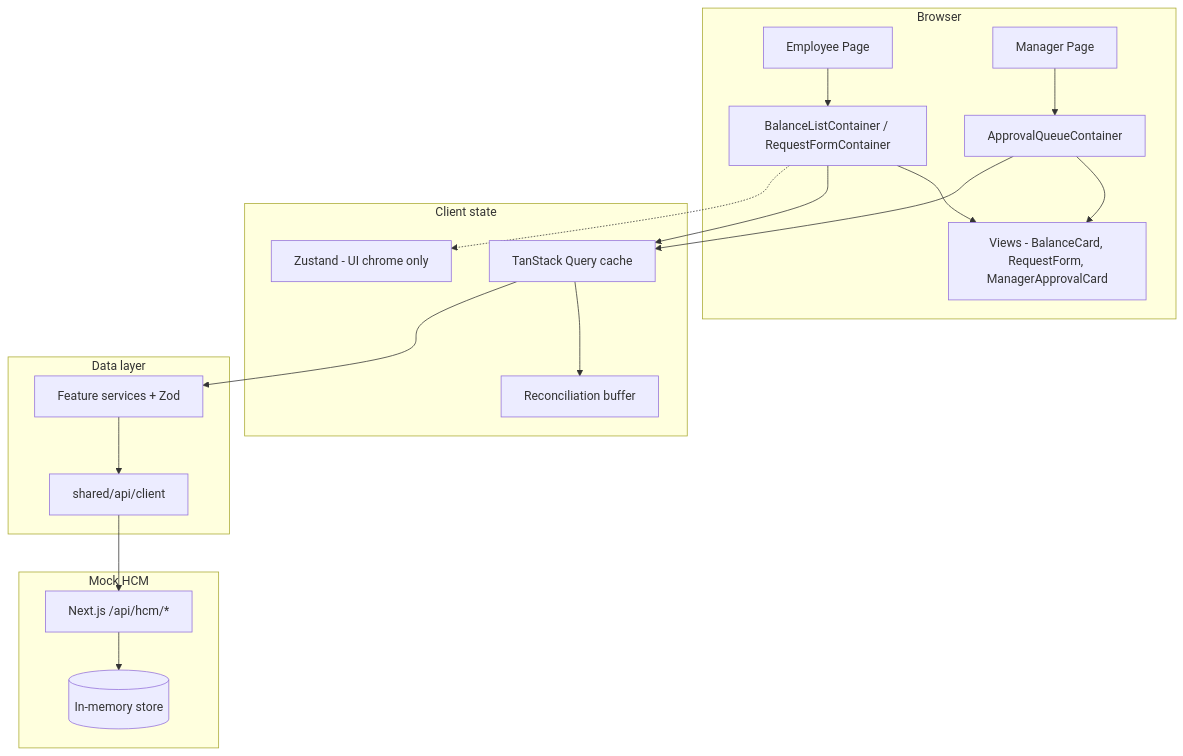
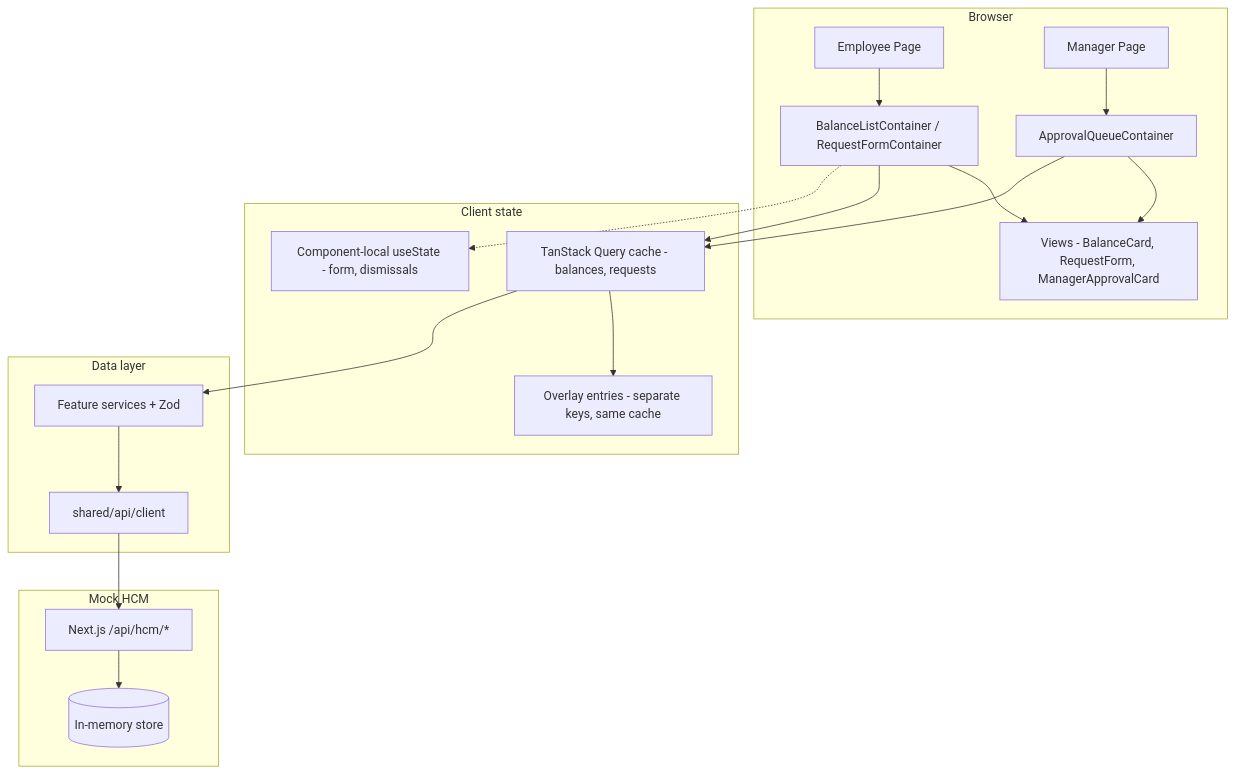
Before and after one commit to iAnas19/timeoff-portal: the first of 2 diagrams in docs/TRD.md, drawn with Mermaid. The commit also changed other lines of this file and 45 other files, not shown here.

````diff
--- a/docs/TRD.md
+++ b/docs/TRD.md
@@ -66,35 +66,35 @@
 ```mermaid
 flowchart TB
   subgraph client [Browser]
     EP[Employee Page]
     MP[Manager Page]
     EC[BalanceListContainer / RequestFormContainer]
     MC[ApprovalQueueContainer]
     EV[Views - BalanceCard, RequestForm, ManagerApprovalCard]
     EP --> EC --> EV
     MP --> MC --> EV
   end
 
   subgraph state [Client state]
-    TQ[TanStack Query cache]
-    ZS[Zustand - UI chrome only]
-    BUF[Reconciliation buffer]
-    TQ --> BUF
+    TQ[TanStack Query cache - balances, requests]
+    OV[Overlay entries - separate keys, same cache]
+    LS[Component-local useState - form, dismissals]
+    TQ --> OV
   end
 
   subgraph data [Data layer]
     SVC[Feature services + Zod]
     CLI[shared/api/client]
   end
 
   subgraph server [Mock HCM]
     API[Next.js /api/hcm/*]
     STORE[(In-memory store)]
     API --> STORE
   end
 
   EC --> TQ
   MC --> TQ
   TQ --> SVC --> CLI --> API
-  EC -.-> ZS
+  EC -.-> LS
 ```
````
